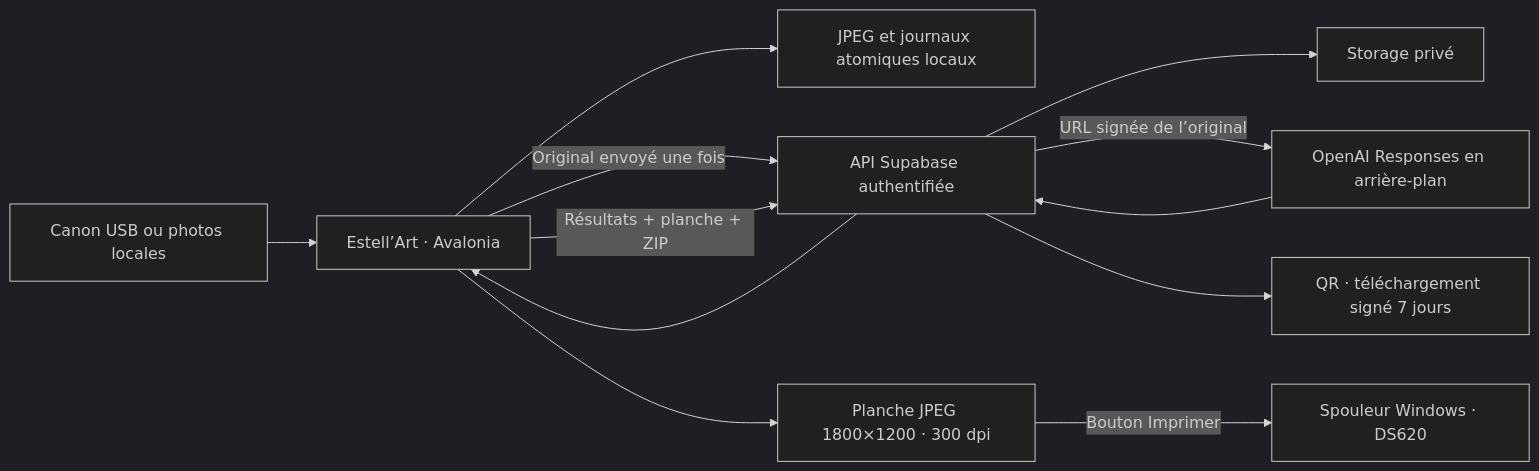
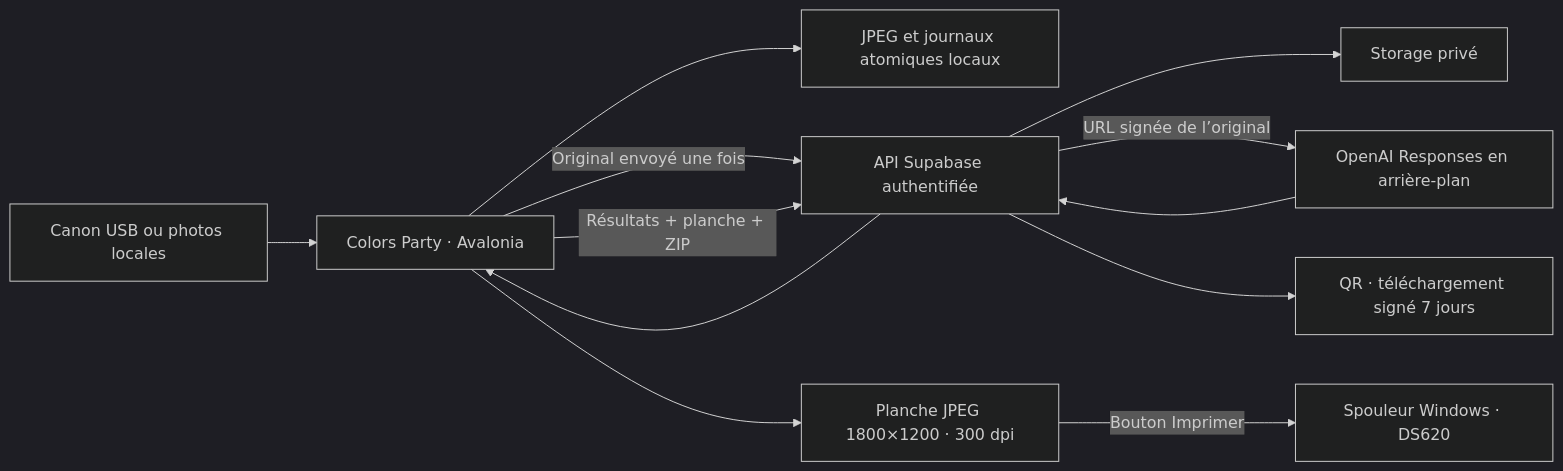
The diagram in docs/ARCHITECTURE.md (djnivek/PhotoBooth), drawn with Mermaid (dark theme) before and after one commit. The commit also changed other lines of this file and 90 other files, not shown here.

Commit message:
feat(booth): add Colors Party universes and operator controls

````diff
--- a/docs/ARCHITECTURE.md
+++ b/docs/ARCHITECTURE.md
@@ -5,14 +5,14 @@
 ```mermaid
 flowchart LR
-  CAMERA[Canon USB ou photos locales] --> APP[Estell’Art · Avalonia]
+  CAMERA[Canon USB ou photos locales] --> APP[Colors Party · Avalonia]
   APP --> LOCAL[JPEG et journaux atomiques locaux]
   APP -->|Original envoyé une fois| API[API Supabase authentifiée]
   API --> STORAGE[Storage privé]
   API -->|URL signée de l’original| AI[OpenAI Responses en arrière-plan]
   AI --> API
   API --> APP
   APP --> SHEET[Planche JPEG 1800×1200 · 300 dpi]
   SHEET -->|Bouton Imprimer| GDI[Spouleur Windows · DS620]
   APP -->|Résultats + planche + ZIP| API
   API --> QR[QR · téléchargement signé 7 jours]
 ```
````
